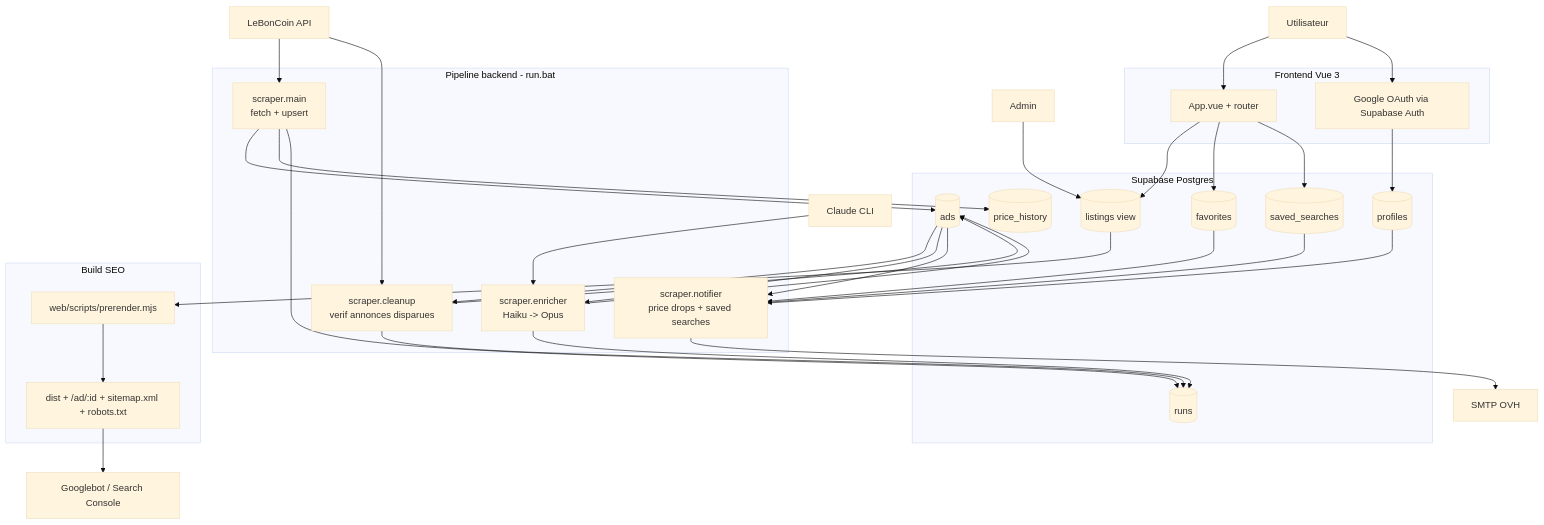
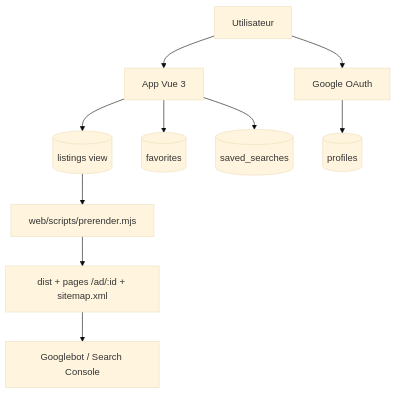
The fifth of 5 diagrams in README.md (ThibaultBrun/lbc-sniper), drawn with Mermaid (base theme) before and after one commit. The commit also changed other lines of this file, not shown here.

Commit message:
Simplify README architecture diagram and split detailed flows

````diff
--- a/README.md
+++ b/README.md
@@ -8,69 +70,14 @@
 ```mermaid
 flowchart TB
-  U[Utilisateur]
-  A[Admin]
-  LBC[LeBonCoin API]
-  CLAUDE[Claude CLI]
-  SMTP[SMTP OVH]
-  G[Googlebot / Search Console]
+  USER[Utilisateur] --> APP[App Vue 3]
+  APP --> LIST[(listings view)]
+  APP --> FAV[(favorites)]
+  APP --> SS[(saved_searches)]
 
-  subgraph ORCH[Pipeline backend - run.bat]
-    M[scraper.main\nfetch + upsert]
-    C[scraper.cleanup\nverif annonces disparues]
-    E[scraper.enricher\nHaiku -> Opus]
-    N[scraper.notifier\nprice drops + saved searches]
-  end
+  USER --> AUTH[Google OAuth]
+  AUTH --> PRO[(profiles)]
 
-  subgraph DB[Supabase Postgres]
-    ADS[(ads)]
-    LIST[(listings view)]
-    PH[(price_history)]
-    FAV[(favorites)]
-    SS[(saved_searches)]
-    PRO[(profiles)]
-    RUNS[(runs)]
-  end
-
-  subgraph WEB[Frontend Vue 3]
-    APP[App.vue + router]
-    AUTH[Google OAuth via Supabase Auth]
-  end
-
-  subgraph SEO[Build SEO]
-    PRE[web/scripts/prerender.mjs]
-    DIST[dist + /ad/:id + sitemap.xml + robots.txt]
-  end
-
-  LBC --> M
-  M --> ADS
-  M --> PH
-  M --> RUNS
-
-  ADS --> C
-  LBC --> C
-  C --> ADS
-  C --> RUNS
-
-  ADS --> E
-  CLAUDE --> E
-  E --> ADS
-  E --> RUNS
-
-  ADS --> N
-  FAV --> N
-  SS --> N
-  PRO --> N
-  N --> SMTP
-
-  U --> APP
-  APP --> LIST
-  APP --> FAV
-  APP --> SS
-  U --> AUTH
-  AUTH --> PRO
-  A --> LIST
-
-  LIST --> PRE
-  PRE --> DIST
-  DIST --> G
+  LIST --> PRE[web/scripts/prerender.mjs]
+  PRE --> DIST[dist + pages /ad/:id + sitemap.xml]
+  DIST --> G[Googlebot / Search Console]
 ```
````
